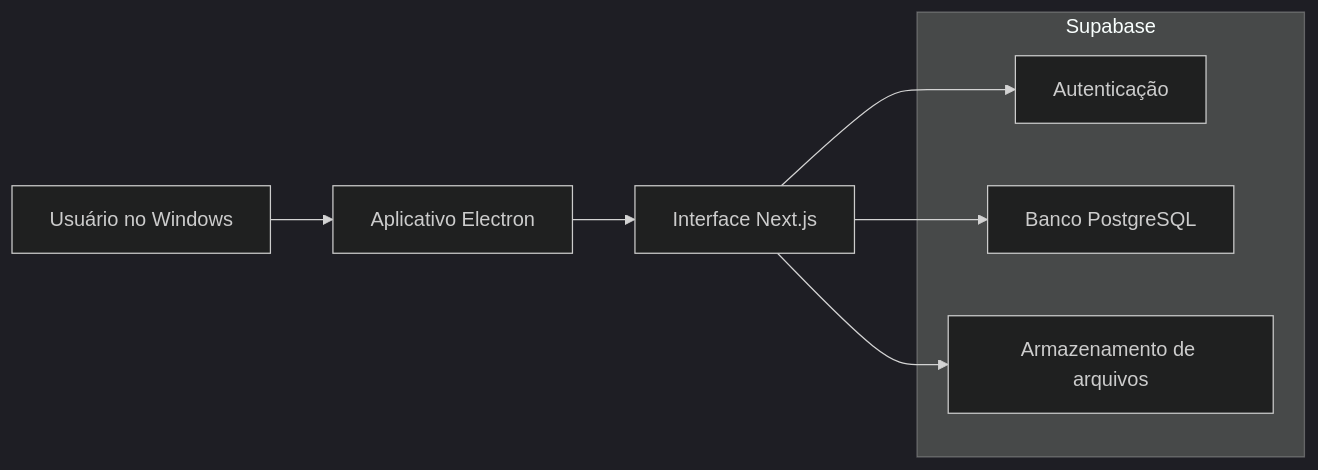
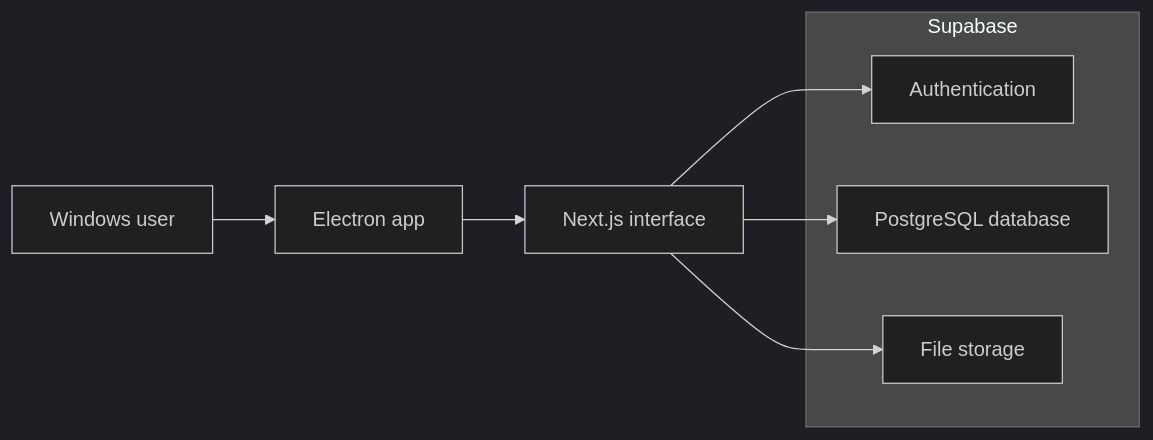
Before and after one commit to dashqtech/stockflow-pdv: the diagram in README.md, drawn with Mermaid (dark theme). The commit also changed other lines of this file, not shown here.

````diff
--- a/README.md
+++ b/README.md
@@ -43,14 +45,14 @@
 ```mermaid
 flowchart LR
-    U[Usuário no Windows] --> E[Aplicativo Electron]
-    E --> N[Interface Next.js]
-    N --> A[Autenticação]
-    N --> D[Banco PostgreSQL]
-    N --> S[Armazenamento de arquivos]
+    U[Windows user] --> E[Electron app]
+    E --> N[Next.js interface]
+    N --> A[Authentication]
+    N --> D[PostgreSQL database]
+    N --> S[File storage]
 
     subgraph Supabase
         A
         D
         S
     end
 ```
````
